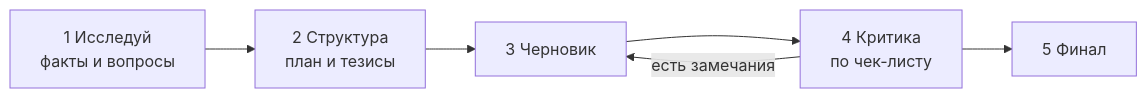
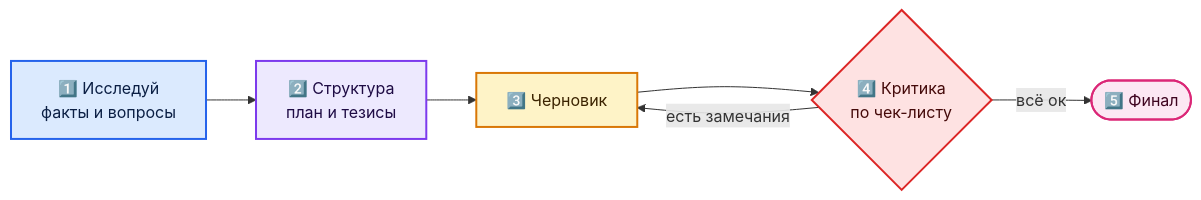
The eighth of 13 diagrams in README.md (justxor/ChatGPT_ru), drawn with Mermaid before and after one commit. The commit also changed other lines of this file, not shown here.

Commit message:
Схемы: цветовая разметка, группы и подписи; карта «Что полезного в репозитории»

````diff
--- a/README.md
+++ b/README.md
@@ -235,8 +336,14 @@
 ```mermaid
 flowchart LR
-    A["1 Исследуй<br/>факты и вопросы"] --> B["2 Структура<br/>план и тезисы"]
-    B --> C["3 Черновик"]
-    C --> D["4 Критика<br/>по чек-листу"]
-    D --> E["5 Финал"]
+    A["1️⃣ Исследуй<br/>факты и вопросы"]:::user --> B["2️⃣ Структура<br/>план и тезисы"]:::ctx
+    B --> C["3️⃣ Черновик"]:::model
+    C --> D{"4️⃣ Критика<br/>по чек-листу"}:::warn
     D -- "есть замечания" --> C
+    D -- "всё ок" --> E(["5️⃣ Финал"]):::out
+    classDef user fill:#dbeafe,stroke:#2563eb,stroke-width:2px,color:#0b1f44
+    classDef ctx fill:#ede9fe,stroke:#7c3aed,stroke-width:2px,color:#1e0b44
+    classDef model fill:#fef3c7,stroke:#d97706,stroke-width:2px,color:#3b2300
+    classDef tool fill:#dcfce7,stroke:#16a34a,stroke-width:2px,color:#052e16
+    classDef out fill:#fce7f3,stroke:#db2777,stroke-width:2px,color:#3f0420
+    classDef warn fill:#fee2e2,stroke:#dc2626,stroke-width:2px,color:#450a0a
 ```
````
